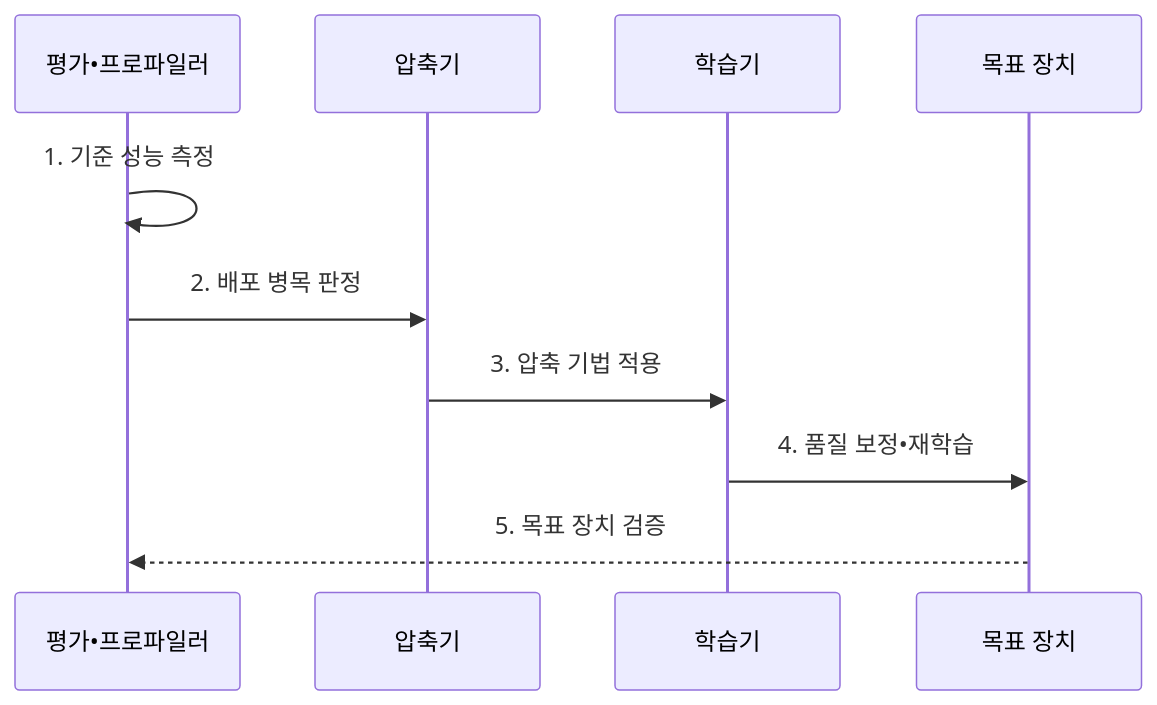
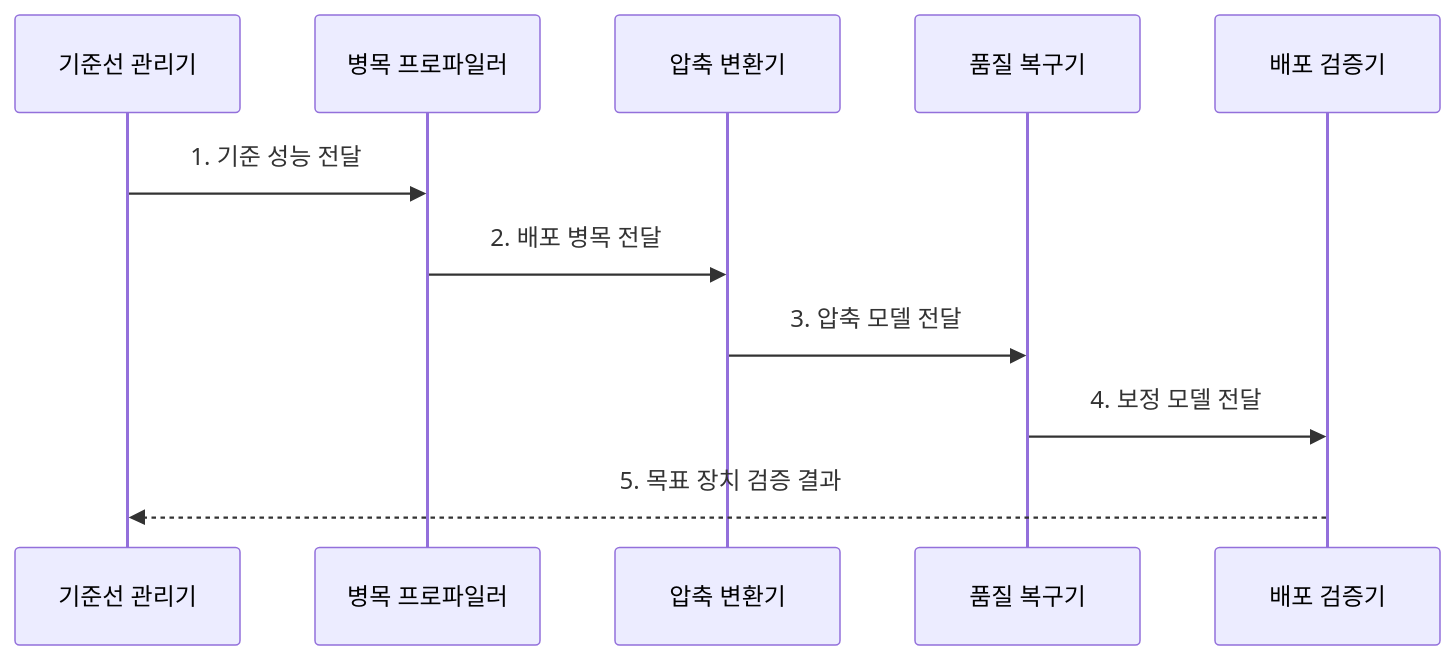
One commit to agnusdei1207/knowledge-base changed the second of 2 diagrams in src/content/docs/notes/08-latest-tech/054_model_compression.md. Above: the diagram before and after it, drawn with Mermaid. The commit also changed other lines of this file and 20 other files, not shown here.

````diff
--- a/src/content/docs/notes/08-latest-tech/054_model_compression.md
+++ b/src/content/docs/notes/08-latest-tech/054_model_compression.md
@@ -107,12 +107,13 @@
 ```mermaid
 sequenceDiagram
-    participant E as 평가•프로파일러
-    participant C as 압축기
-    participant T as 학습기
-    participant D as 목표 장치
-    E->>E: 1. 기준 성능 측정
-    E->>C: 2. 배포 병목 판정
-    C->>T: 3. 압축 기법 적용
-    T->>D: 4. 품질 보정•재학습
-    D-->>E: 5. 목표 장치 검증
+    participant B as 기준선 관리기
+    participant P as 병목 프로파일러
+    participant C as 압축 변환기
+    participant T as 품질 복구기
+    participant D as 배포 검증기
+    B->>P: 1. 기준 성능 전달
+    P->>C: 2. 배포 병목 전달
+    C->>T: 3. 압축 모델 전달
+    T->>D: 4. 보정 모델 전달
+    D-->>B: 5. 목표 장치 검증 결과
 ```
````
